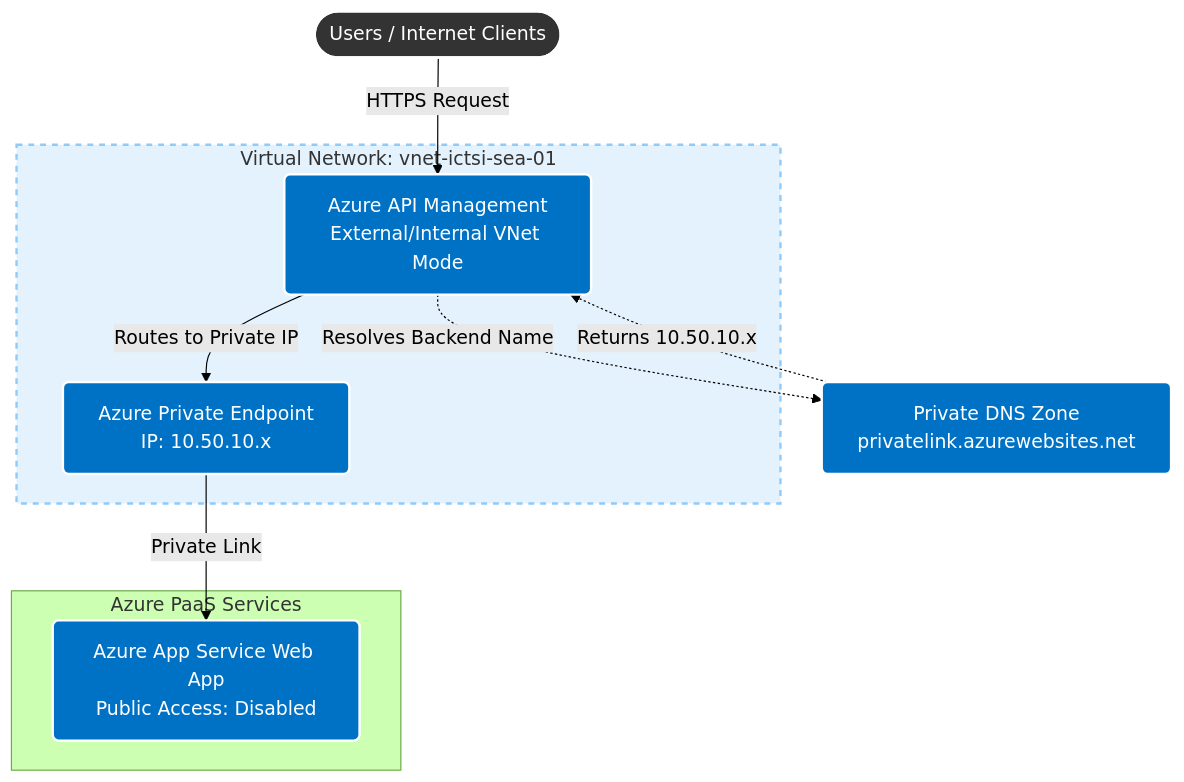
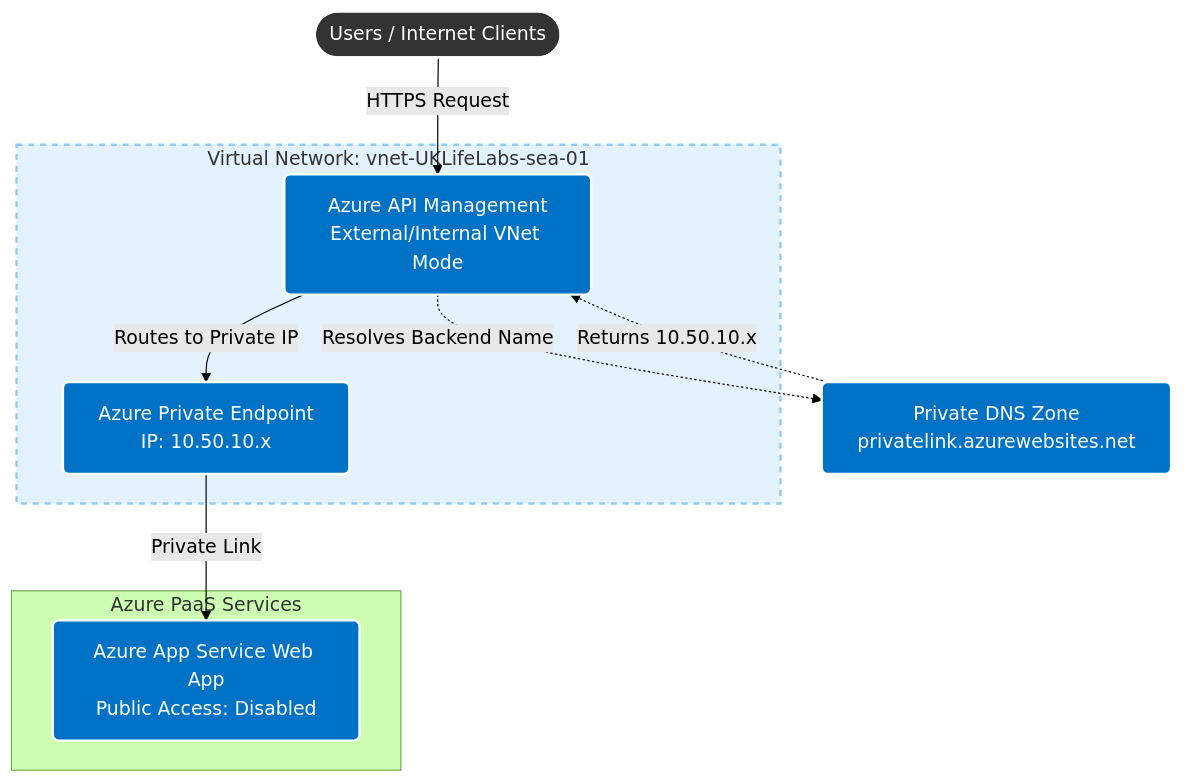
Before and after one commit to appliedailearner/upendra_kumar_portfolio: the diagram in azurewebapp/architecture_diagram.mmd, drawn with Mermaid (forest theme). The commit also changed other lines of this file and 10 other files, not shown here.

```diff
--- a/azurewebapp/architecture_diagram.mmd
+++ b/azurewebapp/architecture_diagram.mmd
@@ -1,26 +1,26 @@
 graph TD
     classDef azure fill:#0072C6,stroke:#fff,stroke-width:2px,color:#fff,rx:5,ry:5;
     classDef vnet fill:#E3F2FD,stroke:#90CAF9,stroke-width:2px,stroke-dasharray: 5 5;
     classDef user fill:#333,stroke:#fff,stroke-width:2px,color:#fff,rx:20,ry:20;
 
     Client([Users / Internet Clients]):::user
 
-    subgraph VNET [Virtual Network: vnet-ictsi-sea-01]
+    subgraph VNET [Virtual Network: vnet-UKLifeLabs-sea-01]
         APIM[Azure API Management<br/>External/Internal VNet Mode]:::azure
         PE[Azure Private Endpoint<br/>IP: 10.50.10.x]:::azure
     end
 
     subgraph PAAS [Azure PaaS Services]
         AppServer[Azure App Service Web App<br/>Public Access: Disabled]:::azure
     end
 
     DNS[Private DNS Zone<br/>privatelink.azurewebsites.net]:::azure
 
     Client -->|HTTPS Request| APIM
     APIM -->|Routes to Private IP| PE
     PE -->|Private Link| AppServer
 
     APIM -.->|Resolves Backend Name| DNS
     DNS -.->|Returns 10.50.10.x| APIM
 
     class VNET vnet;
```
